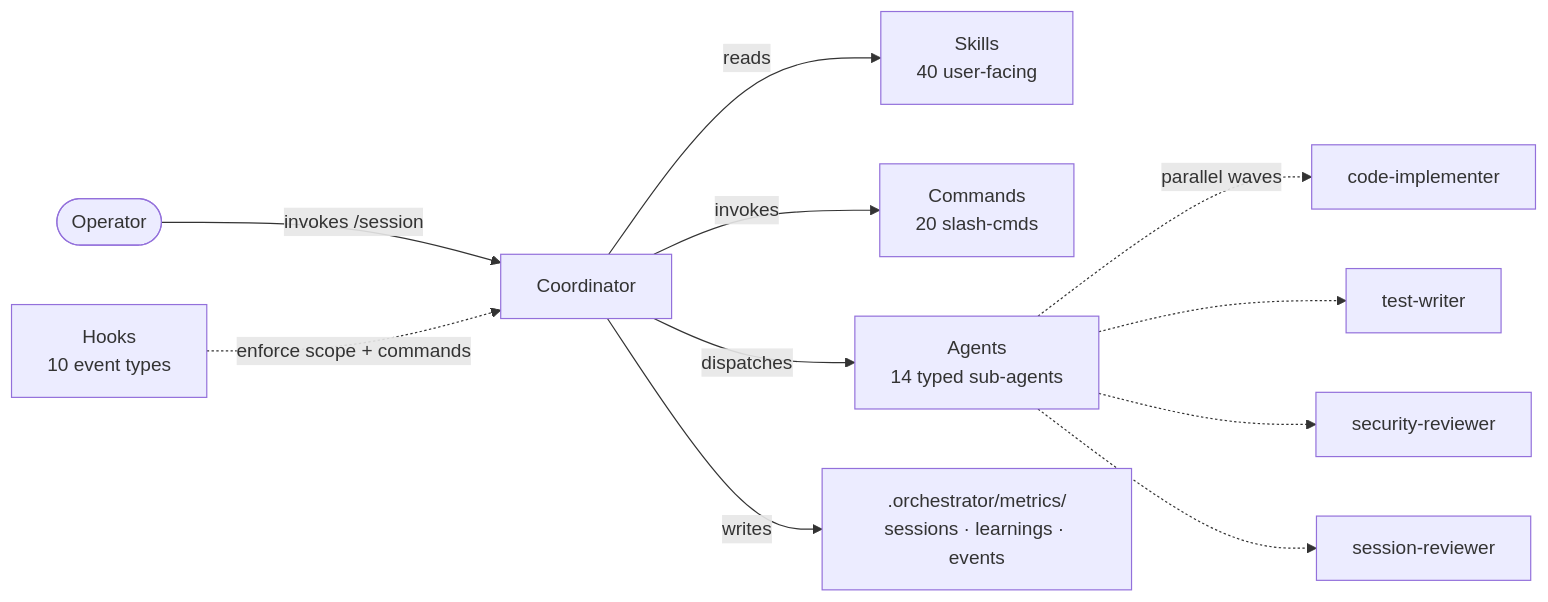
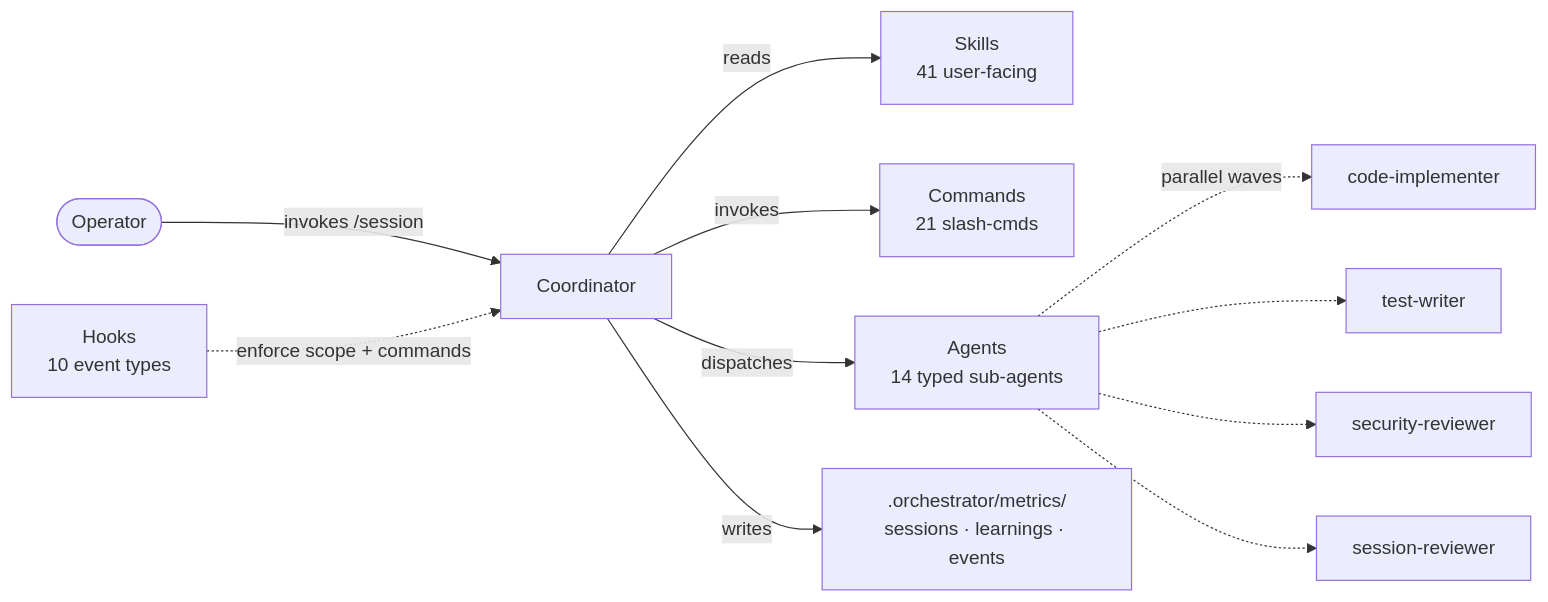
Before and after one commit to Kanevry/session-orchestrator: the third of 3 diagrams in README.md, drawn with Mermaid. The commit also changed other lines of this file, not shown here.

````diff
--- a/README.md
+++ b/README.md
@@ -208,13 +209,13 @@
 ```mermaid
 flowchart LR
     USER([Operator]) -->|invokes /session| COORD[Coordinator]
-    COORD -->|reads| SK[Skills<br/>40 user-facing]
-    COORD -->|invokes| CMD[Commands<br/>20 slash-cmds]
+    COORD -->|reads| SK[Skills<br/>41 user-facing]
+    COORD -->|invokes| CMD[Commands<br/>21 slash-cmds]
     COORD -->|dispatches| AG[Agents<br/>14 typed sub-agents]
     AG -.->|parallel waves| W1[code-implementer]
     AG -.-> W2[test-writer]
     AG -.-> W3[security-reviewer]
     AG -.-> W4[session-reviewer]
     HOOK[Hooks<br/>10 event types] -.->|enforce scope + commands| COORD
     COORD -->|writes| METRIC[.orchestrator/metrics/<br/>sessions · learnings · events]
 ```
````
